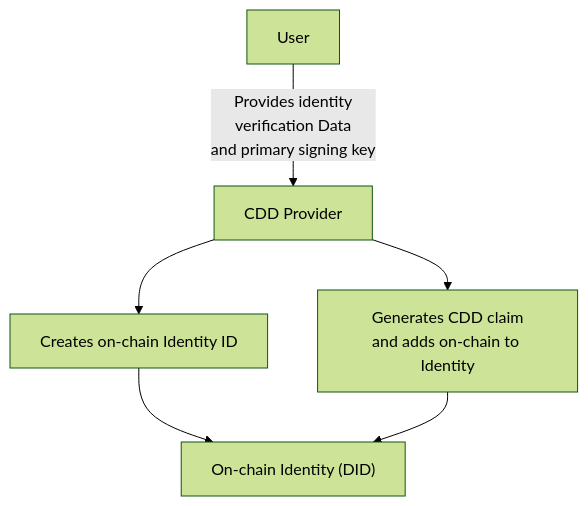
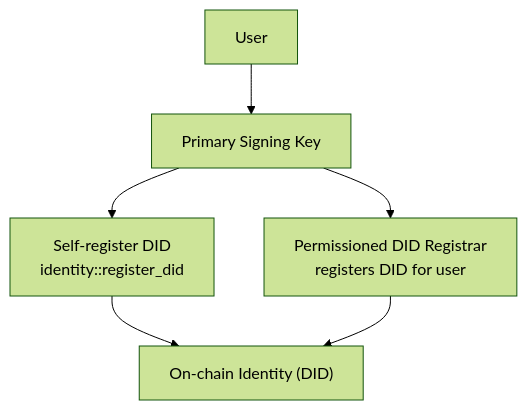
Before and after one commit to PolymeshAssociation/polymesh-documentation-site: the first of 8 diagrams in docs/200-core-concepts/030-identity/index.mdx, drawn with Mermaid (forest theme). The commit also changed other lines of this file and 21 other files, not shown here.

Commit message:
docs: align v8 docs to DID only onboarding and remove legacy CDD and child identity docs

````diff
--- a/docs/200-core-concepts/030-identity/index.mdx
+++ b/docs/200-core-concepts/030-identity/index.mdx
@@ -76,12 +75,13 @@
 ```mermaid
 flowchart TD
     User["User"]
-    CDD["CDD Provider"]
-    OnboardID["Creates on-chain Identity ID"]
-    CDDClaim["Generates CDD claim<br/>and adds on-chain to Identity"]
-    User -->|"Provides identity<br/>verification Data<br/>and primary signing key"| CDD
-    CDD --> OnboardID
-    CDD --> CDDClaim
-    OnboardID --> MainDID["On-chain Identity (DID)"]
-    CDDClaim --> MainDID
+    UserKey["Primary Signing Key"]
+    SelfReg["Self-register DID<br/>identity::register_did"]
+    Registrar["Permissioned DID Registrar<br/>registers DID for user"]
+    MainDID["On-chain Identity (DID)"]
+    User --> UserKey
+    UserKey --> SelfReg
+    UserKey --> Registrar
+    SelfReg --> MainDID
+    Registrar --> MainDID
 ```
````
